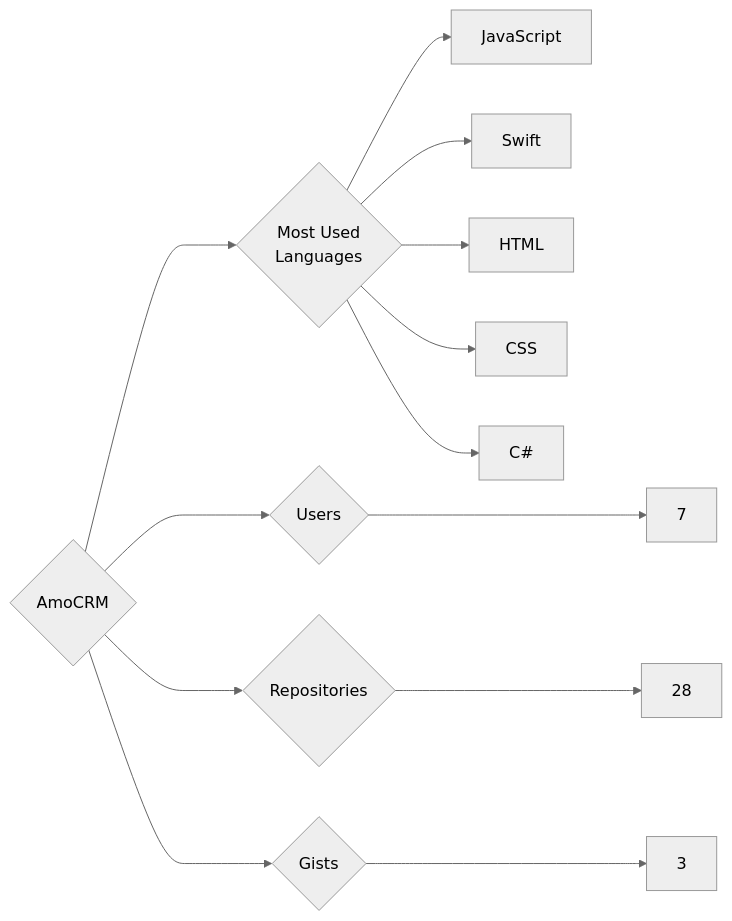
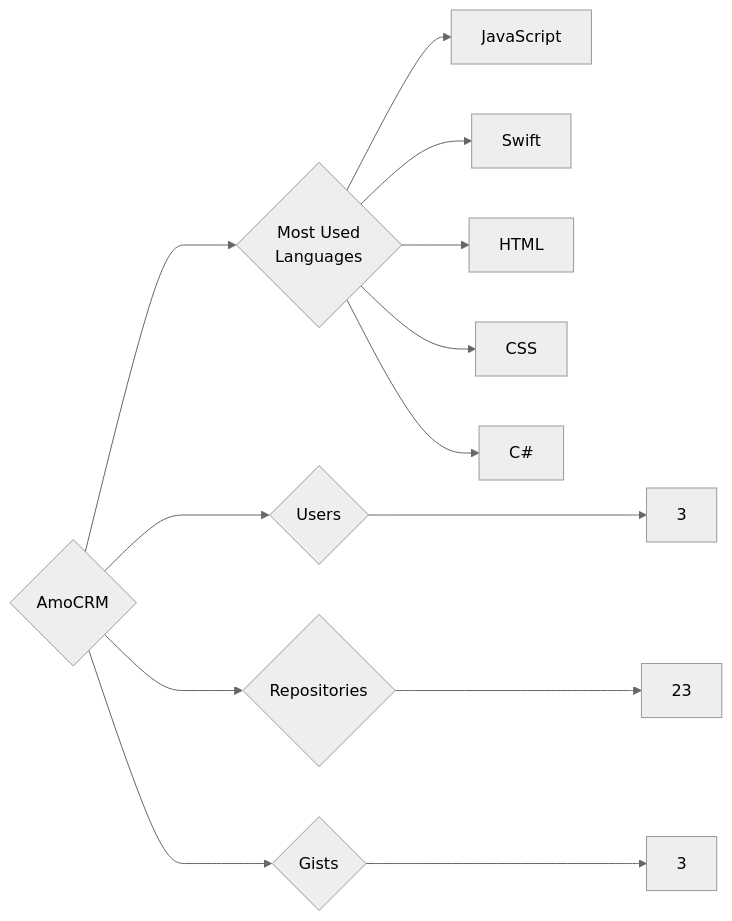
One commit to trickest/insiders changed the diagram in targets/AmoCRM/README.md. Above: the diagram before and after it, drawn with Mermaid (neutral theme). The commit also changed 1120 other files, not shown here.

````diff
--- a/targets/AmoCRM/README.md
+++ b/targets/AmoCRM/README.md
@@ -3,13 +3,13 @@
 ```mermaid
 graph LR
 COMPANY_NAME{AmoCRM}
-COMPANY_NAME ---> U{Users} ---> UN[7]
-COMPANY_NAME ---> R{Repositories} ---> RN[28]
+COMPANY_NAME ---> U{Users} ---> UN[3]
+COMPANY_NAME ---> R{Repositories} ---> RN[23]
 COMPANY_NAME ---> G{Gists} ---> GN[3]
 COMPANY_NAME ---> ML{Most Used<br>Languages}
 ML --> JavaScript[JavaScript]
 ML --> Swift[Swift]
 ML --> HTML[HTML]
 ML --> CSS[CSS]
 ML --> C#[C#]
 ```
````
